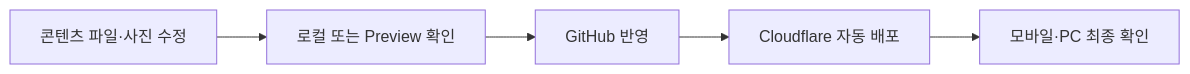
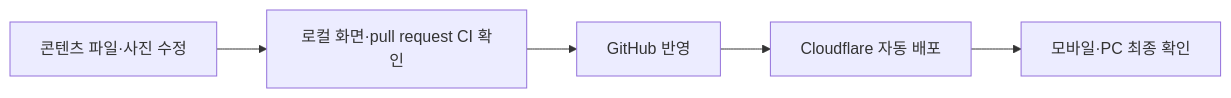
One commit to myoungsuk/real-estate-website changed the second of 2 diagrams in docs/01_천동_리더스시티_행복한부동산_서비스기획서.md. Above: the diagram before and after it, drawn with Mermaid. The commit also changed other lines of this file and 62 other files, not shown here.

````diff
--- a/docs/01_천동_리더스시티_행복한부동산_서비스기획서.md
+++ b/docs/01_천동_리더스시티_행복한부동산_서비스기획서.md
@@ -163,7 +163,7 @@
 ```mermaid
 flowchart LR
-    A[콘텐츠 파일·사진 수정] --> B[로컬 또는 Preview 확인]
+    A[콘텐츠 파일·사진 수정] --> B[로컬 화면·pull request CI 확인]
     B --> C[GitHub 반영]
     C --> D[Cloudflare 자동 배포]
     D --> E[모바일·PC 최종 확인]
 ```
````
